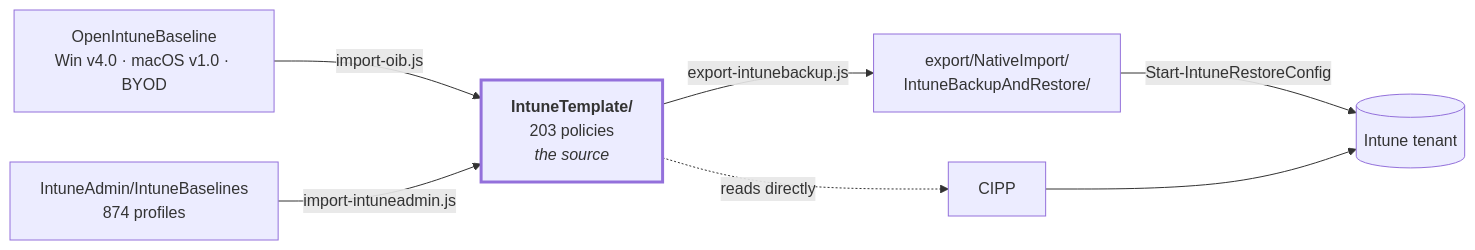
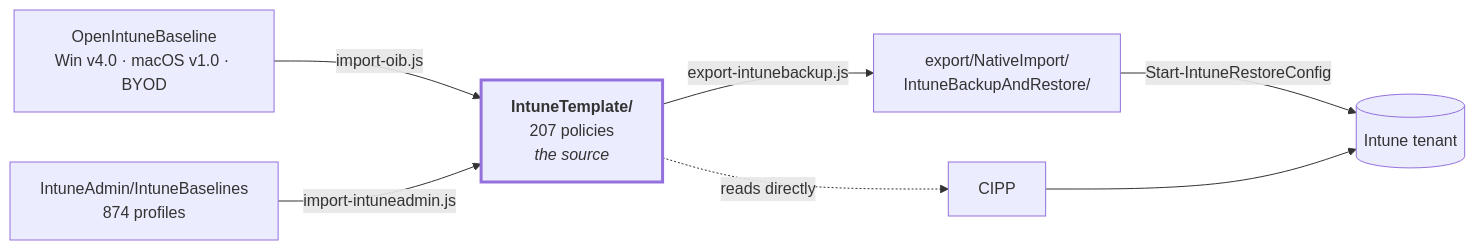
Before and after one commit to sjkanon/IntuneBackup: the diagram in README.en.md, drawn with Mermaid. The commit also changed other lines of this file and 48 other files, not shown here.

````diff
--- a/README.en.md
+++ b/README.en.md
@@ -20,17 +20,17 @@
 ```mermaid
 flowchart LR
   OIB["OpenIntuneBaseline<br/>Win v4.0 · macOS v1.0 · BYOD"]
-  T["<b>IntuneTemplate/</b><br/>203 policies<br/><i>the source</i>"]
+  T["<b>IntuneTemplate/</b><br/>207 policies<br/><i>the source</i>"]
   EX["export/NativeImport/<br/>IntuneBackupAndRestore/"]
   TENANT[("Intune tenant")]
 
   OIB -->|import-oib.js| T
   T -->|export-intunebackup.js| EX
   T -.->|reads directly| CIPP[CIPP]
   EX -->|Start-IntuneRestoreConfig| TENANT
   CIPP --> TENANT
 
   IA["IntuneAdmin/IntuneBaselines<br/>874 profiles"] -->|import-intuneadmin.js| T
 
   style T stroke-width:3px
 ```
````
